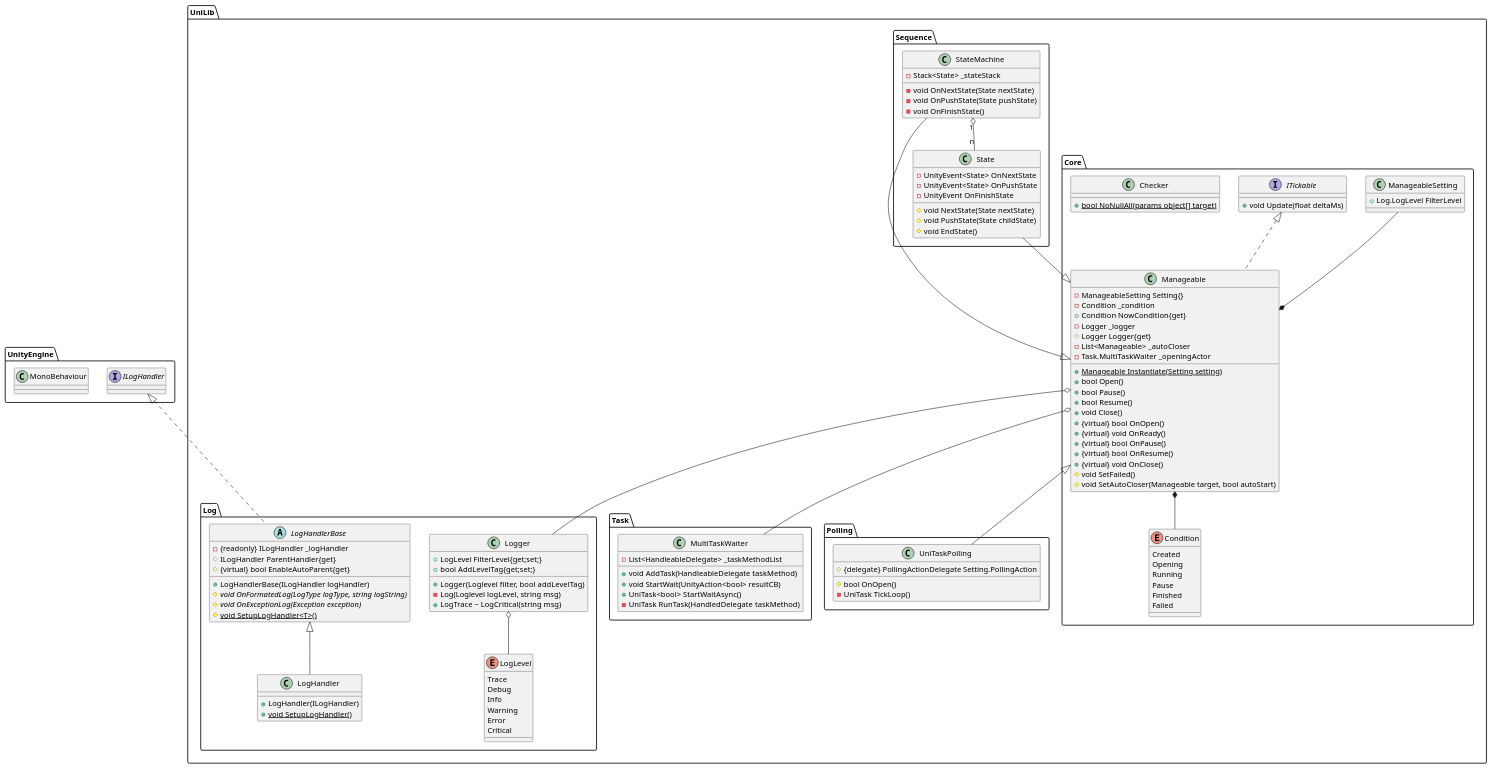
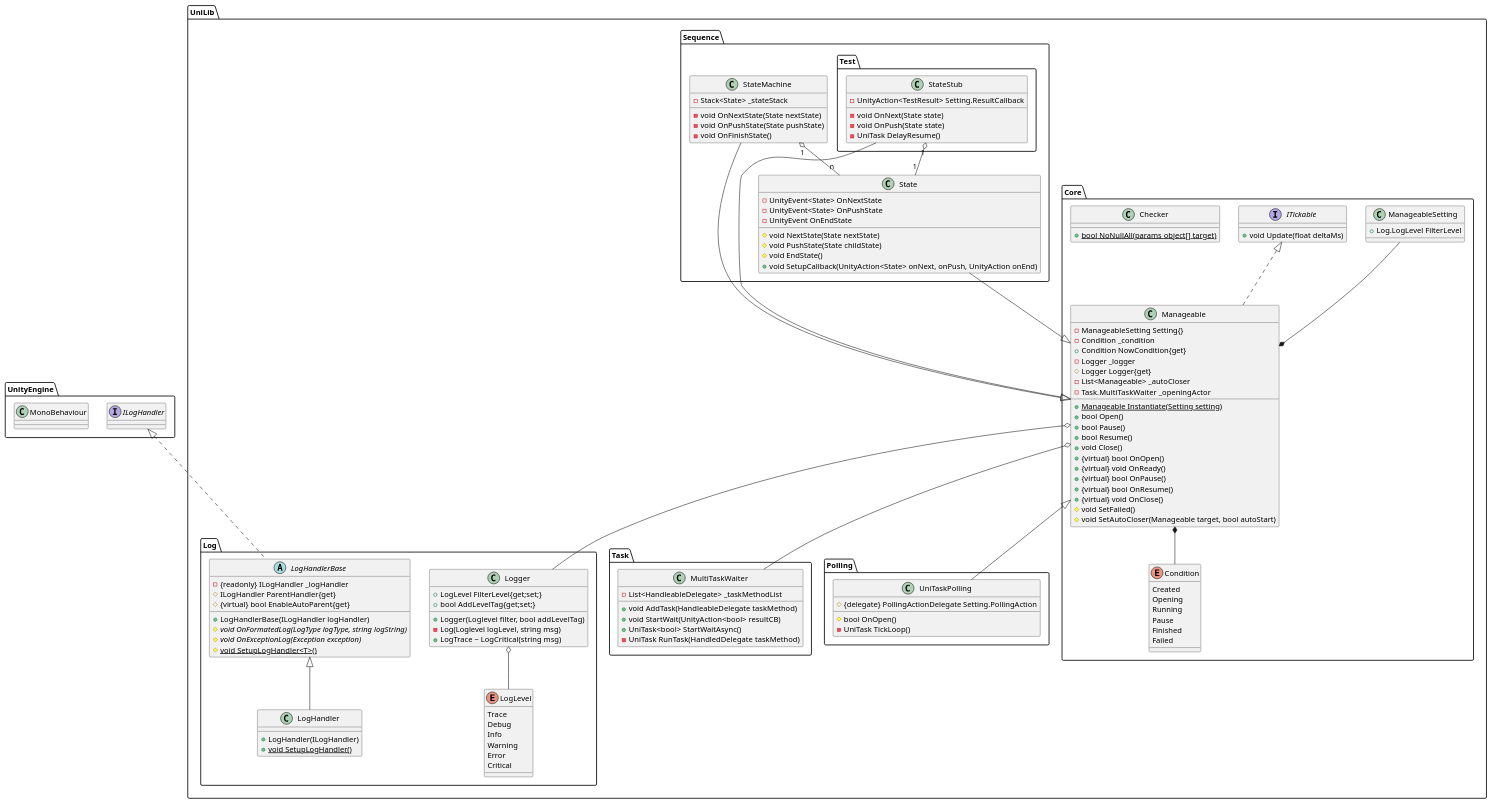
The diagram in README.md (j-sato-t/unity_libs), drawn with PlantUML before and after one commit. The commit also changed 8 other files, not shown here.

```diff
--- a/README.md
+++ b/README.md
@@ -122,11 +122,12 @@
     class State{
         - UnityEvent<State> OnNextState
         - UnityEvent<State> OnPushState
-        - UnityEvent OnFinishState
+        - UnityEvent OnEndState
 
         # void NextState(State nextState)
         # void PushState(State childState)
         # void EndState()
+        + void SetupCallback(UnityAction<State> onNext, onPush, UnityAction onEnd)
     }
     State --|> Manageable
 
@@ -140,6 +141,17 @@
     StateMachine --|> Manageable
 
     StateMachine "1" o-- "n" State
+
+    package Test{
+        class StateStub{
+            - UnityAction<TestResult> Setting.ResultCallback
+            - void OnNext(State state)
+            - void OnPush(State state)
+            - UniTask DelayResume()
+        }
+        StateStub --|> Manageable
+        StateStub "1" o-- "1" State
+    }
 }
 
 
```
